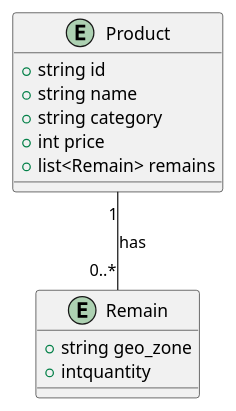
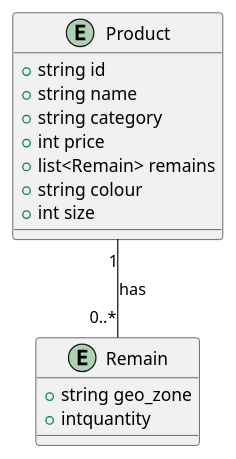
One commit to kuznechek/architecture-pro-black_friday changed the diagram in src/schemas_7.2.puml. Above: the diagram before and after it, drawn with PlantUML. The commit also changed 1 other file, not shown here.

```diff
--- a/src/schemas_7.2.puml
+++ b/src/schemas_7.2.puml
@@ -1,18 +1,20 @@
 @startuml
 
 entity Product {
   + string id
   + string name
   + string category
   + int price
   + list<Remain> remains
+  + string colour
+  + int size
 }
 
 entity Remain {
   + string geo_zone
   + intquantity
 }
 
 Product "1" -- "0..*" Remain : has
 
 @enduml
```
